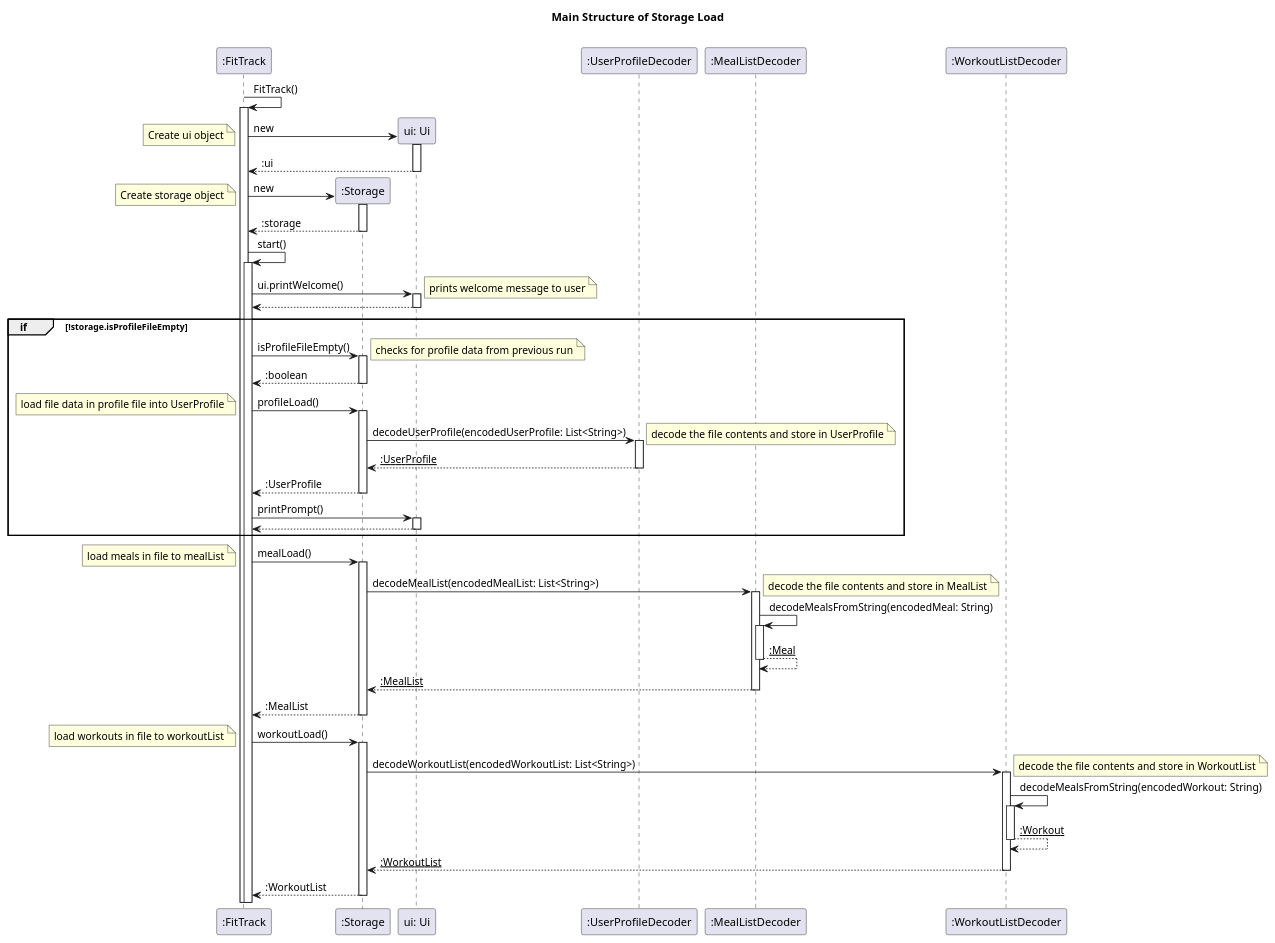
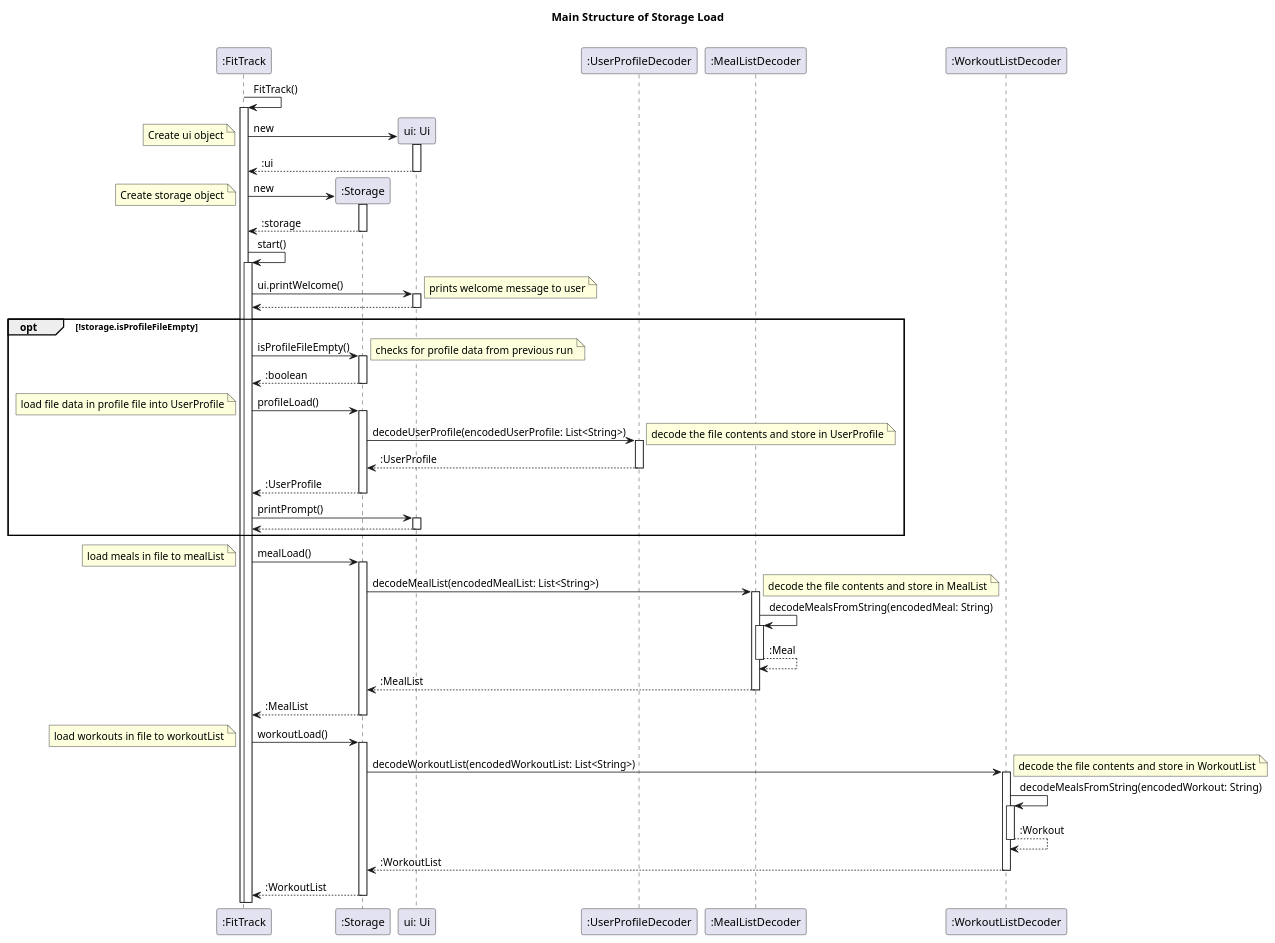
The diagram in docs/diagrams/Storage.puml (nus-cs2113-AY2324S1/tp), drawn with PlantUML before and after one commit. The commit also changed 3 other files, not shown here.

Commit message:
Update sequence diagram

```diff
--- a/docs/diagrams/Storage.puml
+++ b/docs/diagrams/Storage.puml
@@ -1,62 +1,62 @@
 @startuml
 title Main Structure of Storage Load\n
 
 participant ":FitTrack" as main
 participant ":Storage" as storage
 participant "ui: Ui" as ui
 participant ":UserProfileDecoder" as pDecoder
 participant ":MealListDecoder" as mDecoder
 participant ":WorkoutListDecoder" as wDecoder
 
 main -> main ++: FitTrack()
 
 create ui
 main-> ui ++: new
 note left: Create ui object
 return :ui
 
 create storage
 main -> storage ++: new
 note left: Create storage object
 return :storage
 
 main -> main ++: start()
 main -> ui ++: ui.printWelcome()
 note right: prints welcome message to user
 return
 
-group if [!storage.isProfileFileEmpty]
+group opt [!storage.isProfileFileEmpty]
     main -> storage ++: isProfileFileEmpty()
     note right: checks for profile data from previous run
     return :boolean
 
     main -> storage ++: profileLoad()
     note left: load file data in profile file into UserProfile
     storage -> pDecoder ++: decodeUserProfile(encodedUserProfile: List<String>)
     note right: decode the file contents and store in UserProfile
-    return __:UserProfile__
+    return :UserProfile
     return :UserProfile
 
     main -> ui ++: printPrompt()
     return
 end
 
 main -> storage ++: mealLoad()
 note left: load meals in file to mealList
 storage -> mDecoder ++: decodeMealList(encodedMealList: List<String>)
 note right: decode the file contents and store in MealList
 mDecoder -> mDecoder ++: decodeMealsFromString(encodedMeal: String)
-return __:Meal__
-return __:MealList__
+return :Meal
+return :MealList
 return :MealList
 
 main -> storage ++: workoutLoad()
 note left: load workouts in file to workoutList
 storage -> wDecoder ++: decodeWorkoutList(encodedWorkoutList: List<String>)
 note right: decode the file contents and store in WorkoutList
 wDecoder -> wDecoder ++: decodeMealsFromString(encodedWorkout: String)
-return __:Workout__
-return __:WorkoutList__
+return :Workout
+return :WorkoutList
 return :WorkoutList
 
 @enduml
```
